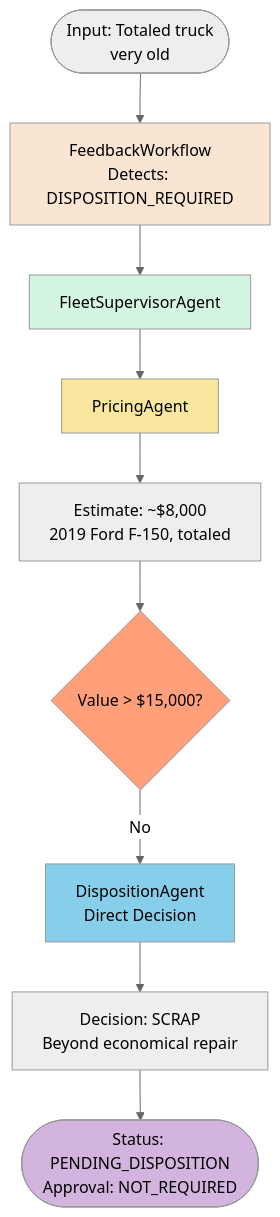
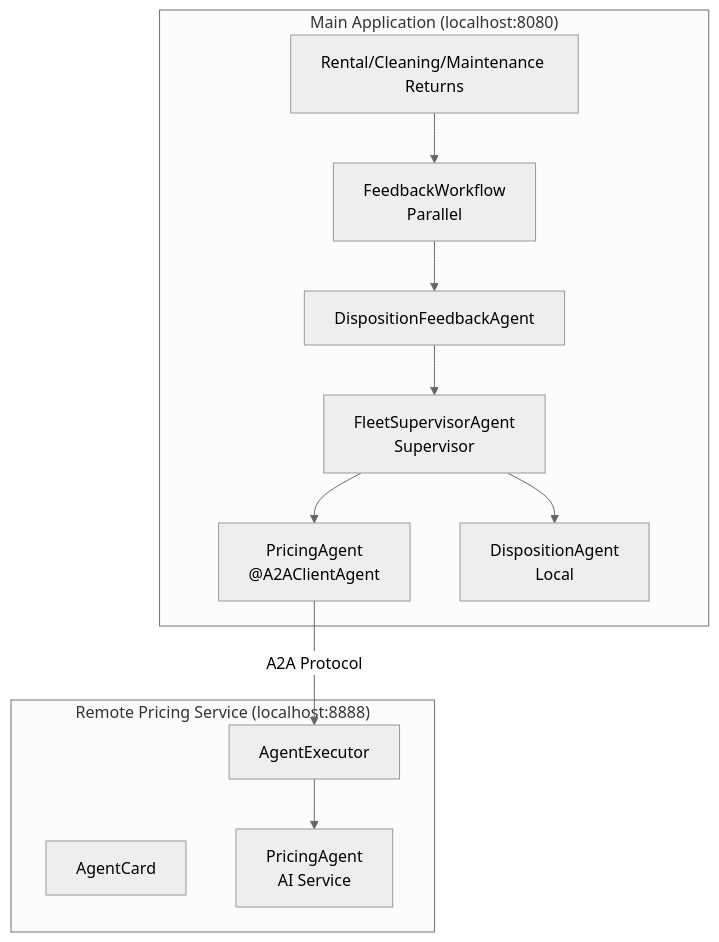
Before and after one commit to quarkusio/quarkus-workshop-langchain4j: the third of 4 diagrams in docs/docs/section-2/step-06.md, drawn with Mermaid (neutral theme). The commit also changed other lines of this file and 104 other files, not shown here.

````diff
--- a/docs/docs/section-2/step-06.md
+++ b/docs/docs/section-2/step-06.md
@@ -475,23 +135,28 @@
 ```mermaid
-flowchart TD
-    Start([Input: Totaled truck<br/>very old])
+graph TD
+    subgraph "Main Application (localhost:8080)"
+        R[Rental/Cleaning/Maintenance Returns]
+        FW[FeedbackWorkflow<br/>Parallel]
+        DFA[DispositionFeedbackAgent]
+        FSA[FleetSupervisorAgent<br/>Supervisor]
+        PAC["PricingAgent<br/>@A2AClientAgent"]
+        DA[DispositionAgent<br/>Local]
 
-    Start --> FW[FeedbackWorkflow<br/>Detects: DISPOSITION_REQUIRED]
+        R --> FW
+        FW --> DFA
+        DFA --> FSA
+        FSA --> PAC
+        FSA --> DA
+    end
 
-    FW --> FSA[FleetSupervisorAgent]
-    FSA --> PA[PricingAgent]
-    PA --> Value[Estimate: ~$8,000<br/>2019 Ford F-150, totaled]
+    subgraph "Remote Pricing Service (localhost:8888)"
+        AC[AgentCard]
+        AE[AgentExecutor]
+        PAI[PricingAgent<br/>AI Service]
 
-    Value --> Check{Value > $15,000?}
-    Check -->|No| Direct[DispositionAgent<br/>Direct Decision]
-    Direct --> Decision[Decision: SCRAP<br/>Beyond economical repair]
+        AE --> PAI
+    end
 
-    Decision --> Result([Status: PENDING_DISPOSITION<br/>Approval: NOT_REQUIRED])
+    PAC -->|A2A Protocol| AE
 
-    style FW fill:#FAE5D3
-    style FSA fill:#D5F5E3
-    style PA fill:#F9E79F
-    style Direct fill:#87CEEB
-    style Check fill:#FFA07A
-    style Result fill:#D2B4DE
 ```
````
